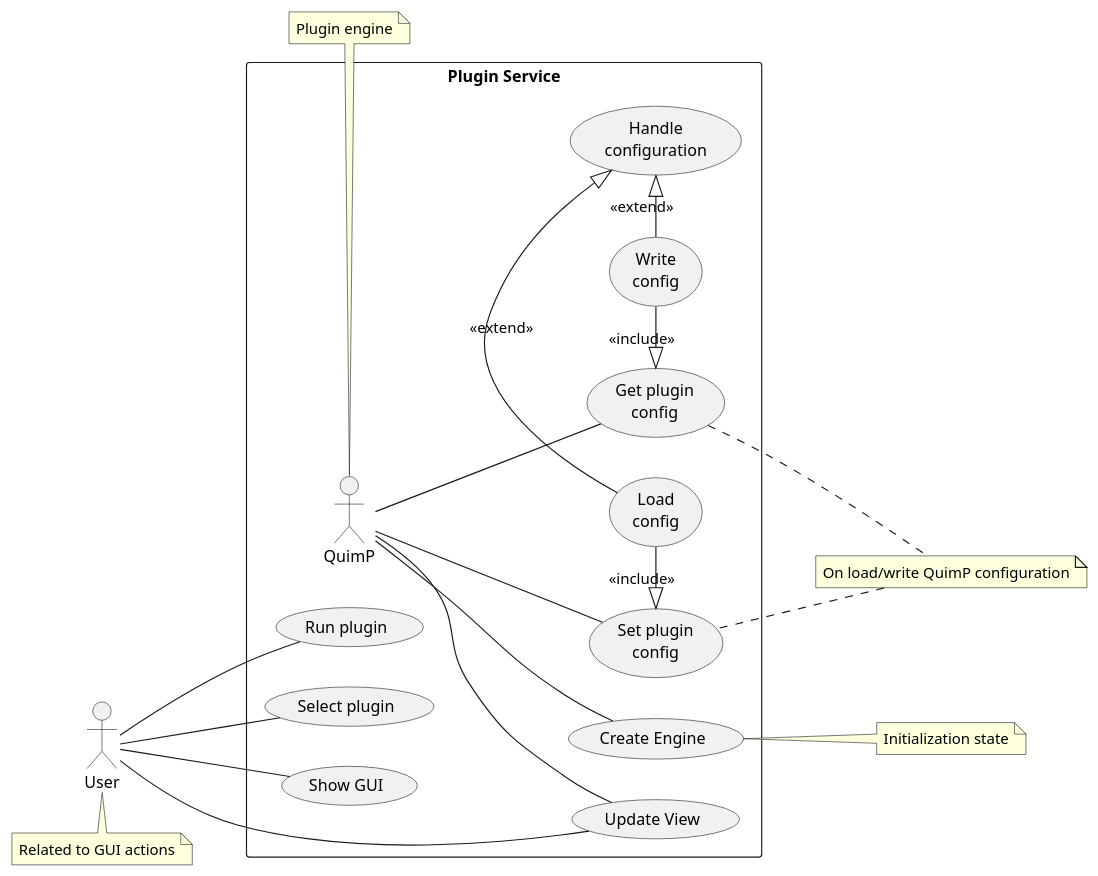
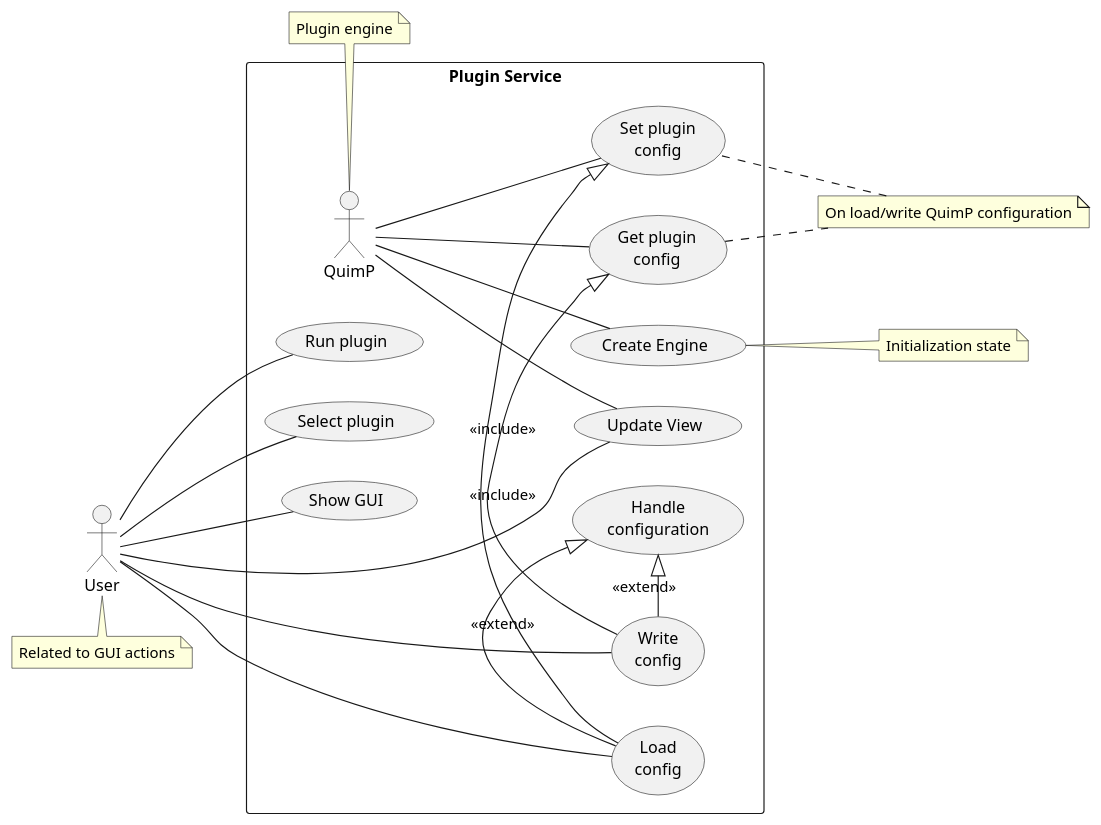
Before and after one commit to CellDynamics/QuimP: the first of 8 diagrams in Doxygen_doc/SnakePlugin.md, drawn with PlantUML. The commit also changed other lines of this file and 7 other files, not shown here.

```diff
--- a/Doxygen_doc/SnakePlugin.md
+++ b/Doxygen_doc/SnakePlugin.md
@@ -40,26 +40,28 @@
 @startuml
 left to right direction
 
 :User: as user
 rectangle "Plugin Service" {
     :QuimP: as quimp
     quimp--(Create Engine)
     user--(Run plugin)
     user--(Select plugin)
     user--(Show GUI)
+    user--(Load\nconfig)
+    user--(Write\nconfig)
     quimp--(Get plugin\nconfig)
     quimp--(Set plugin\nconfig)
     quimp--(Update View)
     user--(Update View)
     (Get plugin\nconfig)<|-(Write\nconfig):<<include>>
     (Set plugin\nconfig)<|-(Load\nconfig):<<include>>
     (Write\nconfig)-|>(Handle\nconfiguration):<<extend>>
     (Load\nconfig)-|>(Handle\nconfiguration):<<extend>>
 }
 note bottom of user : Related to GUI actions
 note top of quimp : Plugin engine
 note right of (Create Engine) : Initialization state
 note "On load/write QuimP configuration" as N2
 (Get plugin\nconfig) .. N2
 N2 .. (Set plugin\nconfig)
 @enduml
```
